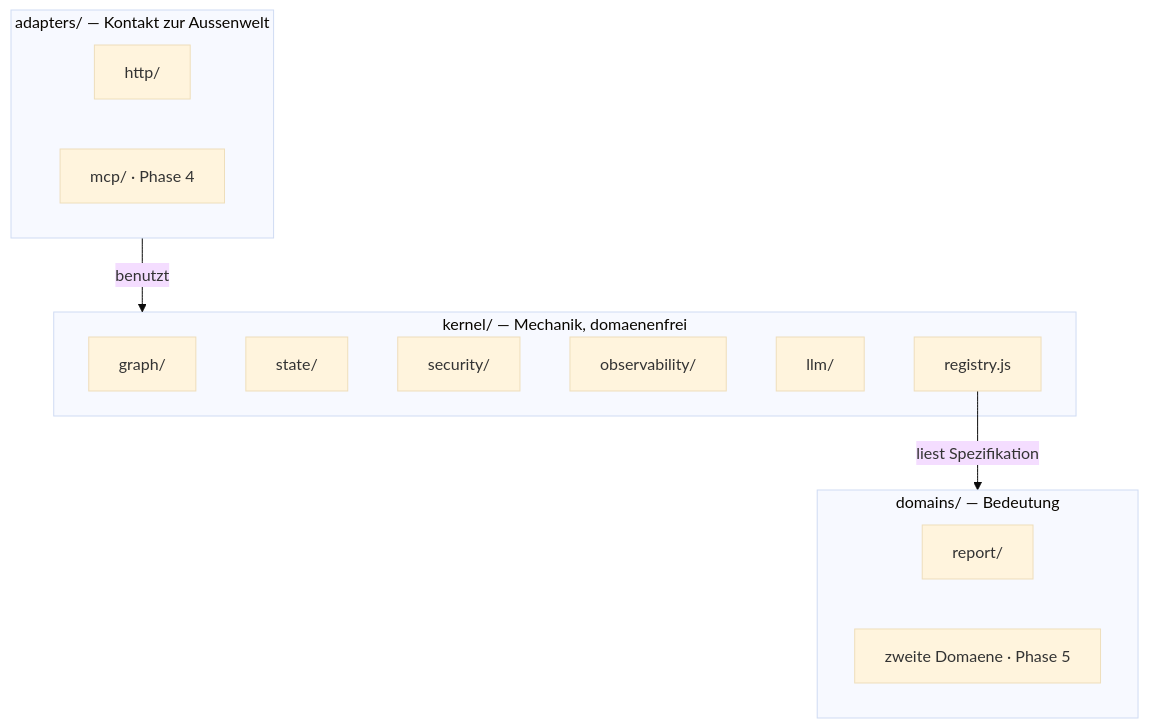
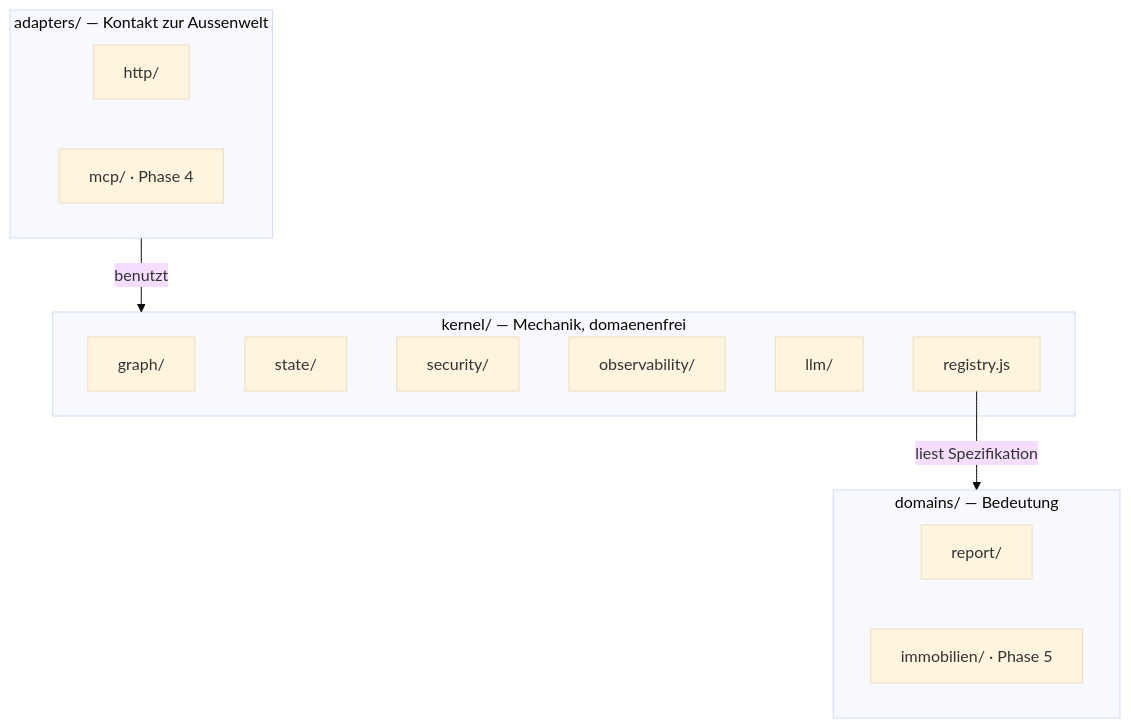
The third of 4 diagrams in ARCHITECTURE.md (cakmakg/agentic-starter), drawn with Mermaid (base theme) before and after one commit. The commit also changed other lines of this file and 4 other files, not shown here.

First line of the commit message:
docs: README/CLAUDE/PRODUCT/ARCHITECTURE auf die Domäne immobilien nachgezogen

````diff
--- a/ARCHITECTURE.md
+++ b/ARCHITECTURE.md
@@ -248,21 +252,21 @@
 ```mermaid
 flowchart TB
   subgraph AD["adapters/ — Kontakt zur Aussenwelt"]
     HTTP["http/"]
     MCPA["mcp/ · Phase 4"]
   end
   subgraph KE["kernel/ — Mechanik, domaenenfrei"]
     GRAPH["graph/"]
     STATE["state/"]
     SEC["security/"]
     OBS["observability/"]
     LLMA["llm/"]
     REG["registry.js"]
   end
   subgraph DO["domains/ — Bedeutung"]
     REP["report/"]
-    NXT["zweite Domaene · Phase 5"]
+    IMM["immobilien/ · Phase 5"]
   end
   AD -->|"benutzt"| KE
   REG -->|"liest Spezifikation"| DO
 ```
````
